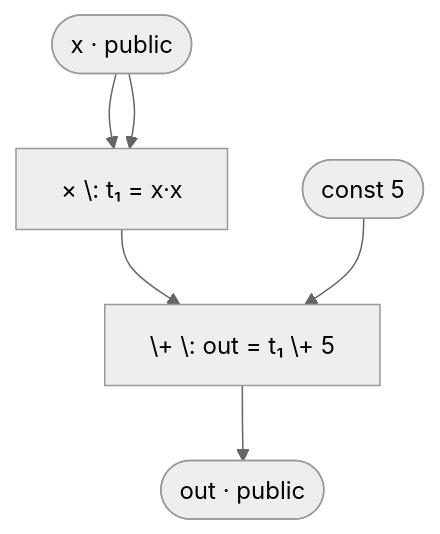
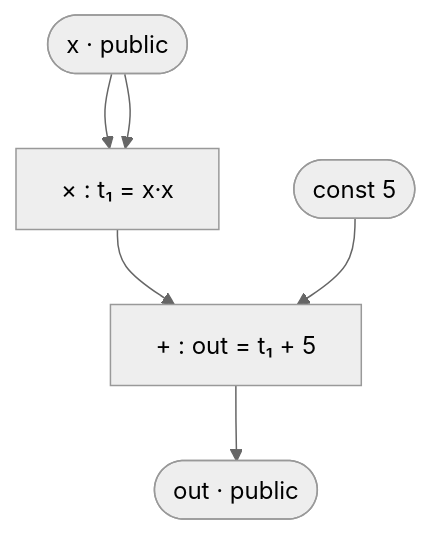
Before and after one commit to nhatminh65537/kitsu-quartz: the diagram in content/zkverify-series/arithmetic-circuits/06-r1cs.md, drawn with Mermaid (neutral theme). The commit also changed 127 other files, not shown here.

````diff
--- a/content/zkverify-series/arithmetic-circuits/06-r1cs.md
+++ b/content/zkverify-series/arithmetic-circuits/06-r1cs.md
@@ -125,8 +125,8 @@
 ```mermaid
 flowchart TD
-    x(["x · public"]) --> mul["× \: t₁ = x·x"]
+    x(["x · public"]) --> mul["× : t₁ = x·x"]
     x --> mul
-    mul --> add["\+ \: out = t₁ \+ 5"]
+    mul --> add["+ : out = t₁ + 5"]
     c5(["const 5"]) --> add
     add --> out(["out · public"])
 ```
````
